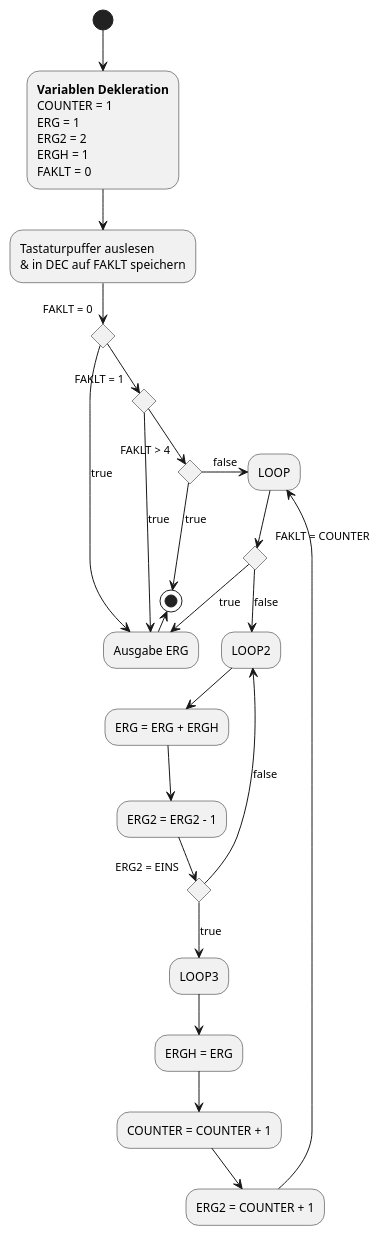
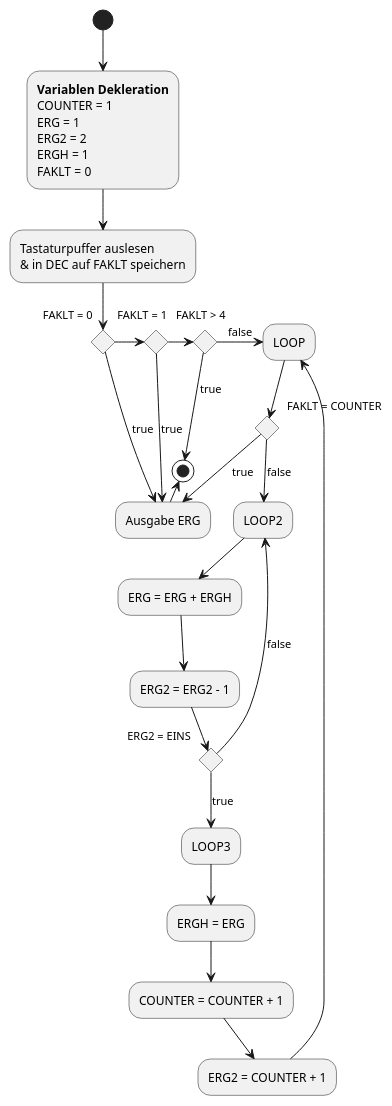
The diagram in Protokoll/Aktivitätsdiagramm.puml (duha887b/MRT1_Assambler), drawn with PlantUML before and after one commit. The commit also changed 1 other file, not shown here.

```diff
--- a/Protokoll/Aktivitätsdiagramm.puml
+++ b/Protokoll/Aktivitätsdiagramm.puml
@@ -1,55 +1,55 @@
 @startuml
 'https://plantuml.com/activity-diagram-beta
 (*) --> "**Variablen Dekleration**
           COUNTER = 1
           ERG = 1
           ERG2 = 2
           ERGH = 1
           FAKLT = 0
           "
 
 -->"Tastaturpuffer auslesen
     & in DEC auf FAKLT speichern"
 
 if "FAKLT = 0" then
 --> [true]"Ausgabe ERG"
 -left->(*)
 else
-    -->if "FAKLT = 1" then
+    -left->if "FAKLT = 1" then
     -> [true]"Ausgabe ERG"
     else
-        if "FAKLT > 4" then
+        -left->if "FAKLT > 4" then
         -->[true](*)
         else
         ->[false]"LOOP"
         Endif
         Endif
         Endif
 
 -->if "FAKLT = COUNTER" then
     -->[true]"Ausgabe ERG"
     else
     -->[false]"LOOP2"
     Endif
 
 -->"ERG = ERG + ERGH"
 -->"ERG2 = ERG2 - 1"
 
 if "ERG2 = EINS" then
     -->[true]"LOOP3"
     -->"ERGH = ERG"
     -->"COUNTER = COUNTER + 1"
     -->"ERG2 = COUNTER + 1"
     -->"LOOP"
     else
     -->[false]"LOOP2"
     Endif
 
 
 
 
 
 
 
 
 @enduml
```
